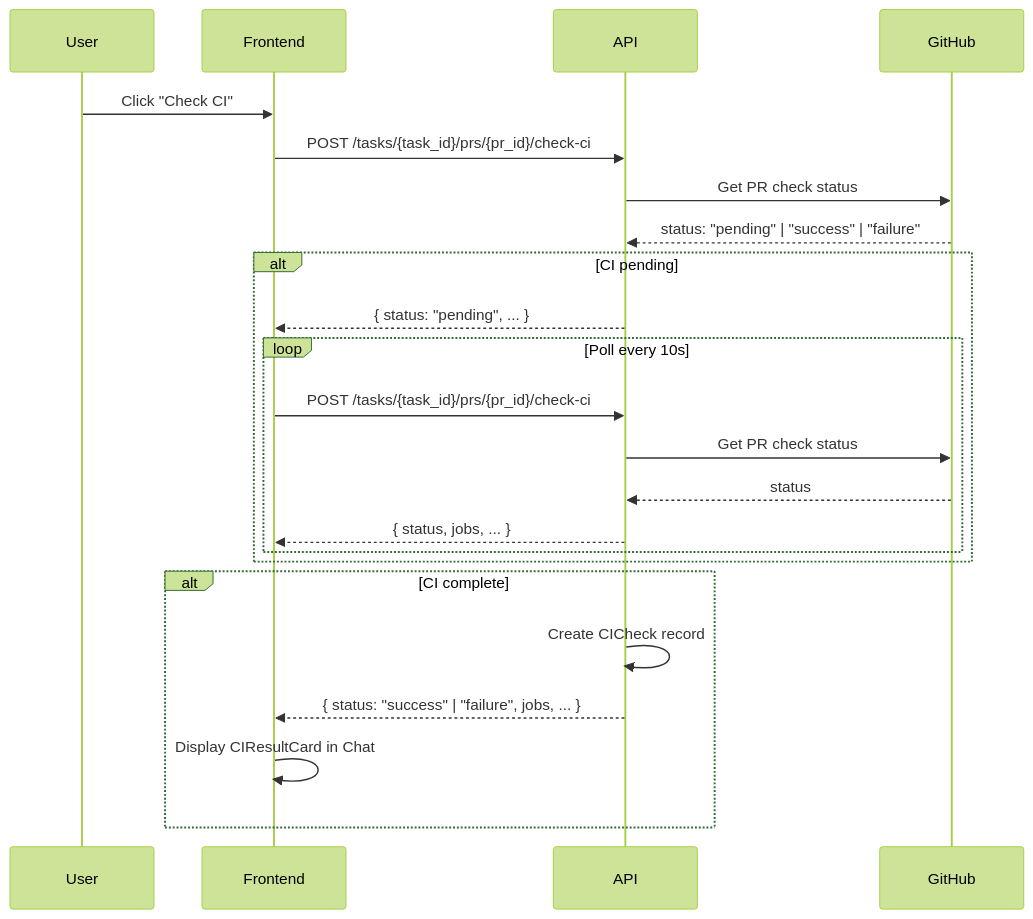
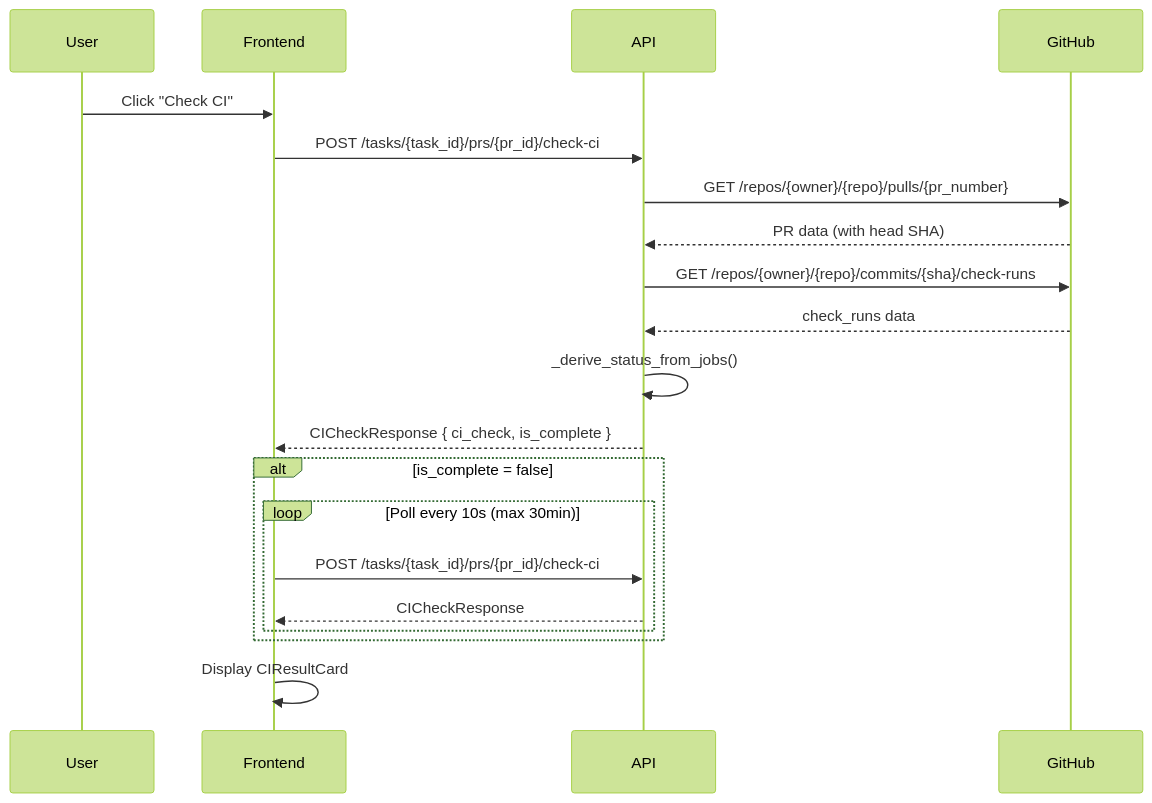
The diagram in docs/ci_check.md (hampen2929/zloth), drawn with Mermaid (forest theme) before and after one commit. The commit also changed other lines of this file, not shown here.

First line of the commit message:
`CI Check` `Pending`

````diff
--- a/docs/ci_check.md
+++ b/docs/ci_check.md
@@ -33,28 +11,25 @@
 ```mermaid
 sequenceDiagram
     participant User
     participant Frontend
     participant API
     participant GitHub
 
     User->>Frontend: Click "Check CI"
     Frontend->>API: POST /tasks/{task_id}/prs/{pr_id}/check-ci
-    API->>GitHub: Get PR check status
-    GitHub-->>API: status: "pending" | "success" | "failure"
+    API->>GitHub: GET /repos/{owner}/{repo}/pulls/{pr_number}
+    GitHub-->>API: PR data (with head SHA)
+    API->>GitHub: GET /repos/{owner}/{repo}/commits/{sha}/check-runs
+    GitHub-->>API: check_runs data
+    API->>API: _derive_status_from_jobs()
+    API-->>Frontend: CICheckResponse { ci_check, is_complete }
 
-    alt CI pending
-        API-->>Frontend: { status: "pending", ... }
-        loop Poll every 10s
+    alt is_complete = false
+        loop Poll every 10s (max 30min)
             Frontend->>API: POST /tasks/{task_id}/prs/{pr_id}/check-ci
-            API->>GitHub: Get PR check status
-            GitHub-->>API: status
-            API-->>Frontend: { status, jobs, ... }
+            API-->>Frontend: CICheckResponse
         end
     end
 
-    alt CI complete
-        API->>API: Create CICheck record
-        API-->>Frontend: { status: "success" | "failure", jobs, ... }
-        Frontend->>Frontend: Display CIResultCard in Chat
-    end
+    Frontend->>Frontend: Display CIResultCard
 ```
````
